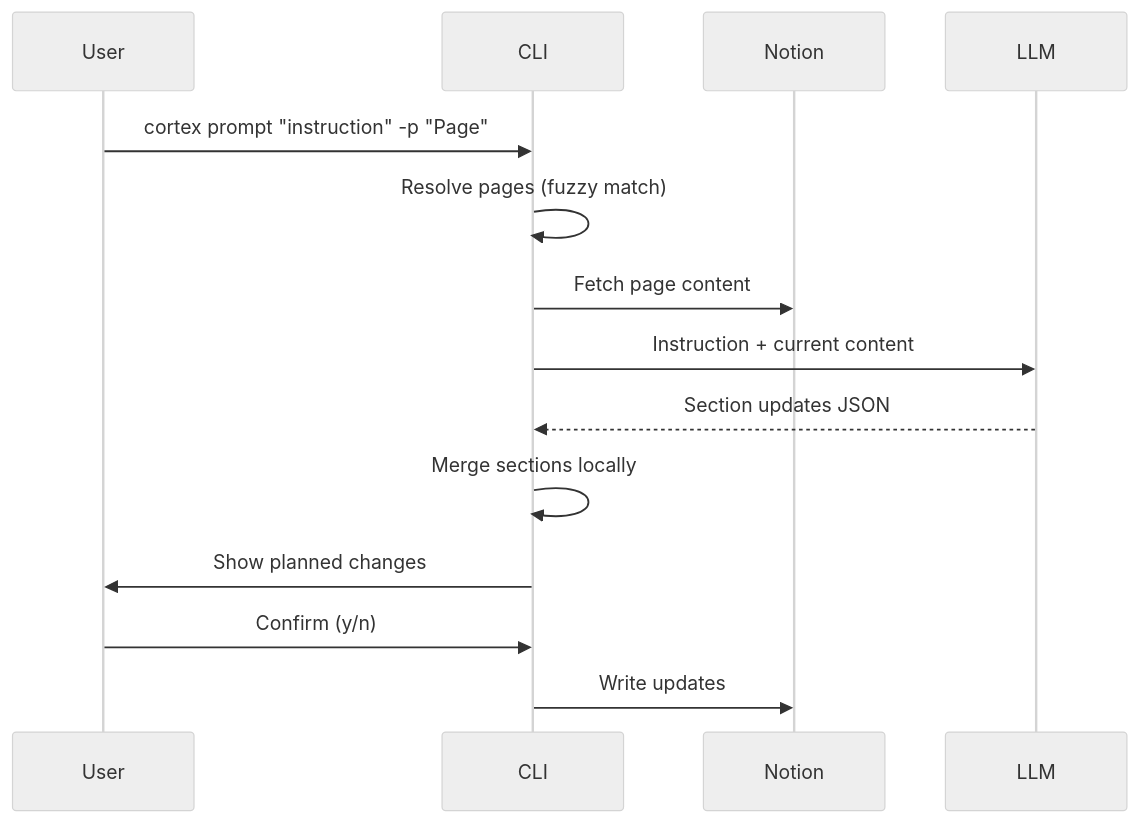
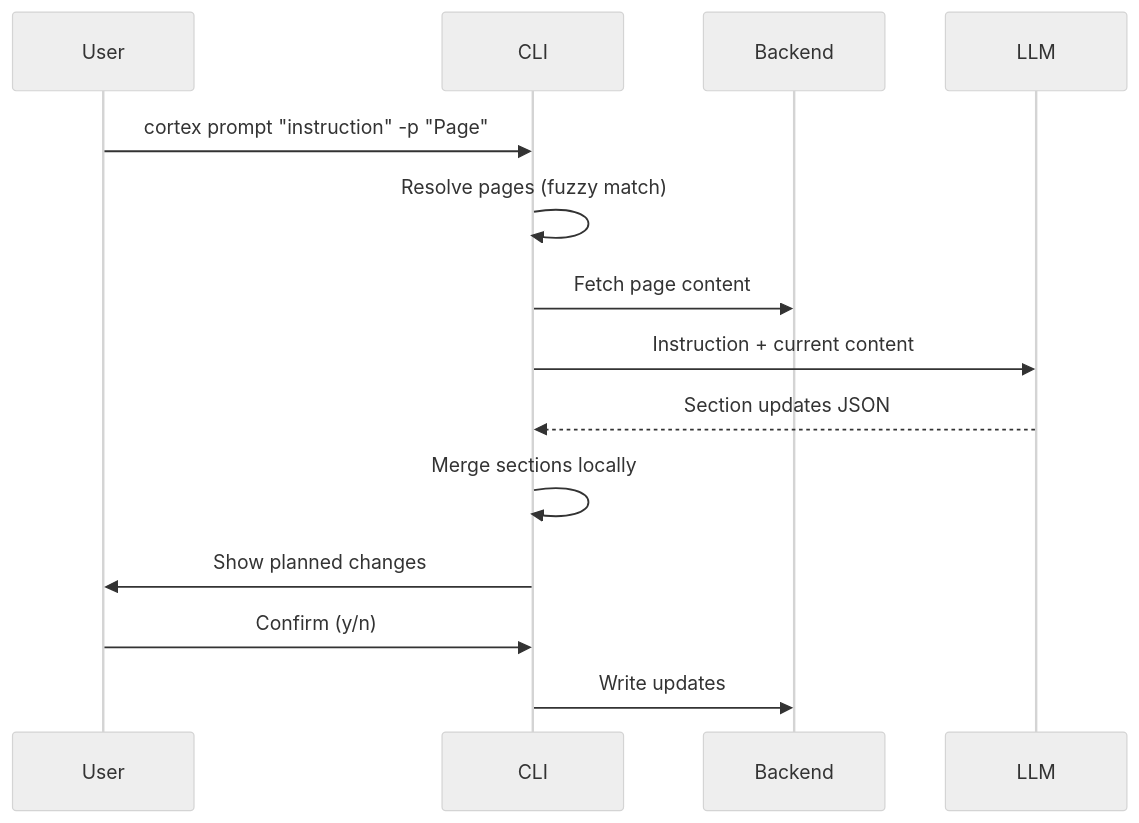
One commit to sarupurisailalith/codebase-cortex changed the third of 3 diagrams in docs/cli-reference.md. Above: the diagram before and after it, drawn with Mermaid (neutral theme). The commit also changed other lines of this file and 8 other files, not shown here.

````diff
--- a/docs/cli-reference.md
+++ b/docs/cli-reference.md
@@ -167,17 +401,17 @@
 ```mermaid
 sequenceDiagram
     participant User
     participant CLI
-    participant Notion
+    participant Backend
     participant LLM
 
     User->>CLI: cortex prompt "instruction" -p "Page"
     CLI->>CLI: Resolve pages (fuzzy match)
-    CLI->>Notion: Fetch page content
+    CLI->>Backend: Fetch page content
     CLI->>LLM: Instruction + current content
     LLM-->>CLI: Section updates JSON
     CLI->>CLI: Merge sections locally
     CLI->>User: Show planned changes
     User->>CLI: Confirm (y/n)
-    CLI->>Notion: Write updates
+    CLI->>Backend: Write updates
 ```
````
